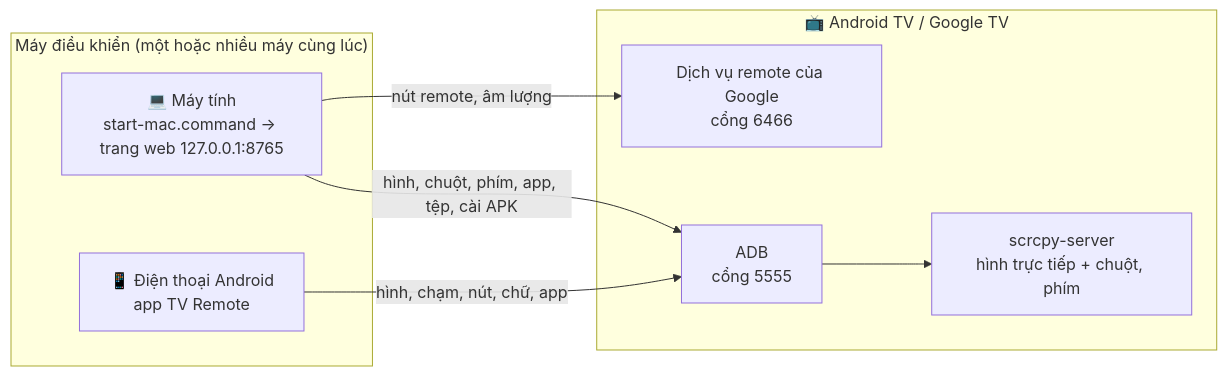
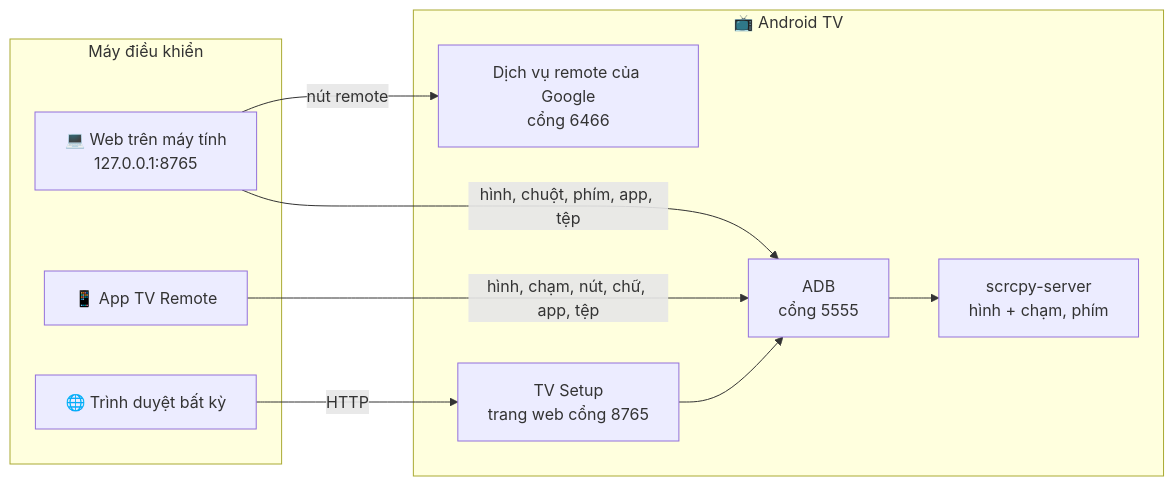
The diagram in README.md (9000000/tv-remote), drawn with Mermaid before and after one commit. The commit also changed other lines of this file and 48 other files, not shown here.

````diff
--- a/README.md
+++ b/README.md
@@ -23,16 +158,20 @@
 ```mermaid
 flowchart LR
-    subgraph C["Máy điều khiển (một hoặc nhiều máy cùng lúc)"]
-        PC["💻 Máy tính<br/>start-mac.command → trang web 127.0.0.1:8765"]
-        PH["📱 Điện thoại Android<br/>app TV Remote"]
+    subgraph C["Máy điều khiển"]
+        PC["💻 Web trên máy tính<br/>127.0.0.1:8765"]
+        PH["📱 App TV Remote"]
+        BR["🌐 Trình duyệt bất kỳ"]
     end
-    subgraph T["📺 Android TV / Google TV"]
+    subgraph T["📺 Android TV"]
         R["Dịch vụ remote của Google<br/>cổng 6466"]
         A["ADB<br/>cổng 5555"]
-        S["scrcpy-server<br/>hình trực tiếp + chuột, phím"]
+        S["scrcpy-server<br/>hình + chạm, phím"]
+        W["TV Setup<br/>trang web cổng 8765"]
         A --> S
+        W --> A
     end
-    PC -- "nút remote, âm lượng" --> R
-    PC -- "hình, chuột, phím, app, tệp, cài APK" --> A
-    PH -- "hình, chạm, nút, chữ, app" --> A
+    PC -- "nút remote" --> R
+    PC -- "hình, chuột, phím, app, tệp" --> A
+    PH -- "hình, chạm, nút, chữ, app, tệp" --> A
+    BR -- "HTTP" --> W
 ```
````
